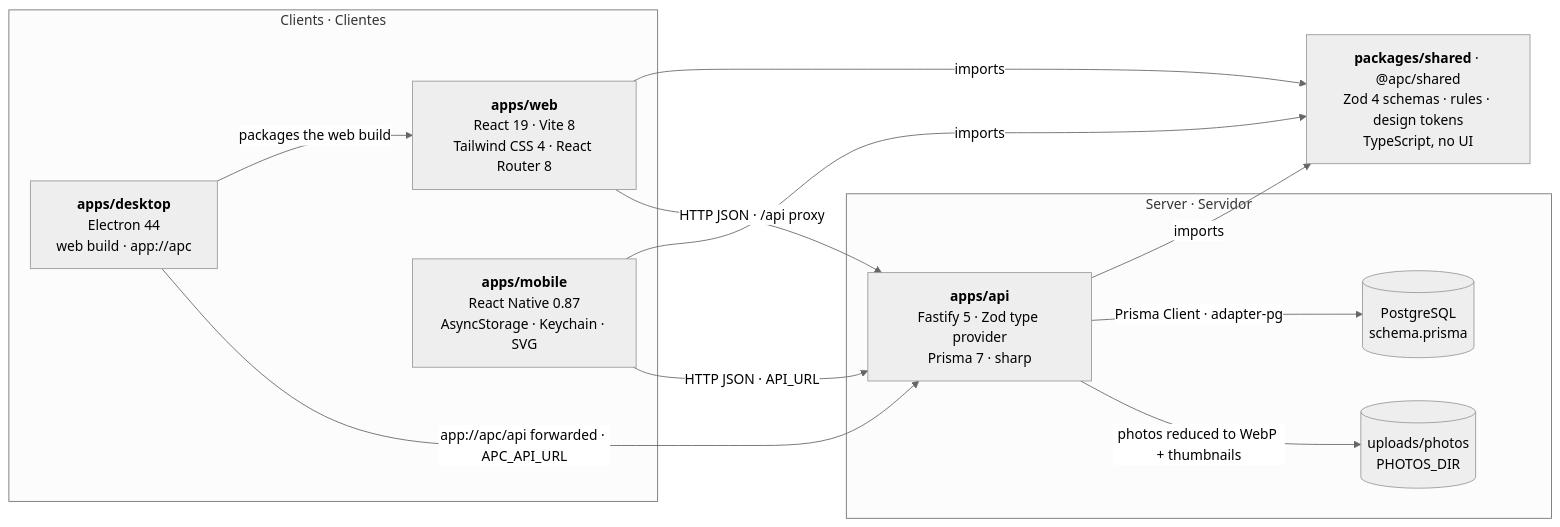
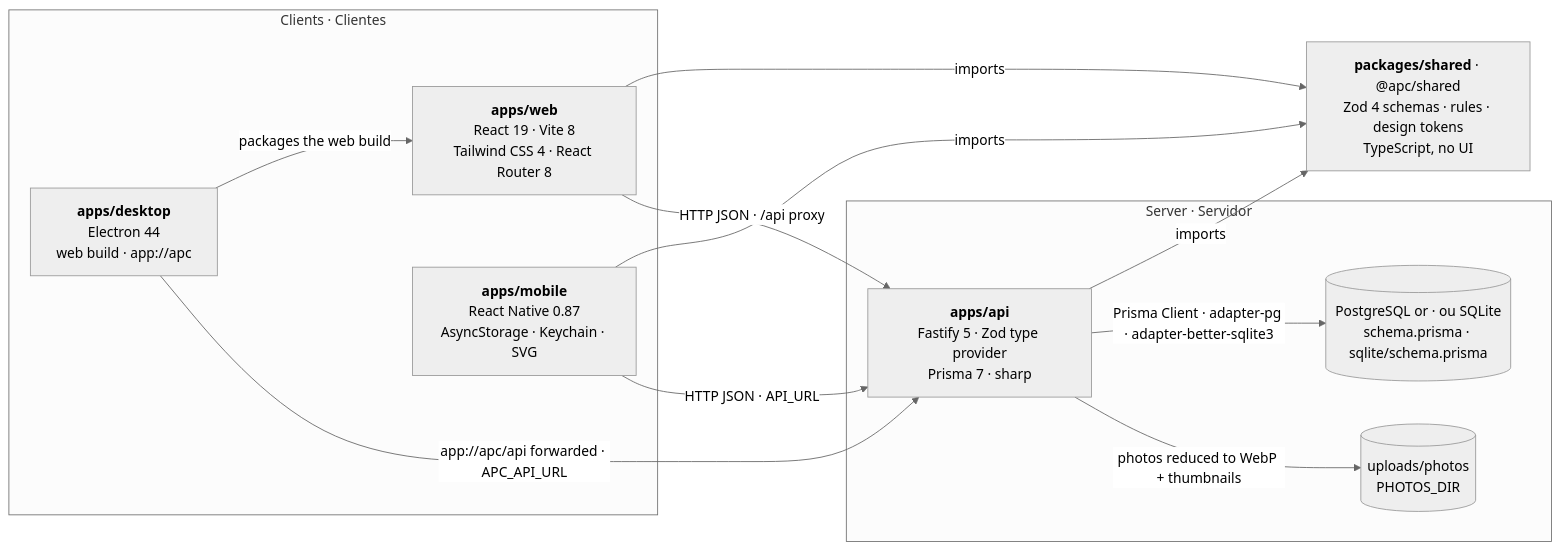
One commit to ChrisCamilo/apc-universal-repair changed the first of 7 diagrams in docs/architecture.md. Above: the diagram before and after it, drawn with Mermaid (neutral theme). The commit also changed other lines of this file and 3 other files, not shown here.

Commit message:
docs: Describe running on PostgreSQL or SQLite and keeping both schemas

````diff
--- a/docs/architecture.md
+++ b/docs/architecture.md
@@ -11,26 +11,26 @@
 ```mermaid
 flowchart LR
     subgraph clients["Clients · Clientes"]
         web["<b>apps/web</b><br/>React 19 · Vite 8<br/>Tailwind CSS 4 · React Router 8"]
         mobile["<b>apps/mobile</b><br/>React Native 0.87<br/>AsyncStorage · Keychain · SVG"]
         desktop["<b>apps/desktop</b><br/>Electron 44<br/>web build · app://apc"]
     end
 
     shared["<b>packages/shared</b> · @apc/shared<br/>Zod 4 schemas · rules · design tokens<br/>TypeScript, no UI"]
 
     subgraph server["Server · Servidor"]
         api["<b>apps/api</b><br/>Fastify 5 · Zod type provider<br/>Prisma 7 · sharp"]
-        db[("PostgreSQL<br/>schema.prisma")]
+        db[("PostgreSQL or · ou SQLite<br/>schema.prisma · sqlite/schema.prisma")]
         files[("uploads/photos<br/>PHOTOS_DIR")]
     end
 
     web -- imports --> shared
     desktop -- "packages the web build" --> web
     mobile -- imports --> shared
     api -- imports --> shared
     web -- "HTTP JSON · /api proxy" --> api
     mobile -- "HTTP JSON · API_URL" --> api
     desktop -- "app://apc/api forwarded · APC_API_URL" --> api
-    api -- "Prisma Client · adapter-pg" --> db
+    api -- "Prisma Client · adapter-pg · adapter-better-sqlite3" --> db
     api -- "photos reduced to WebP + thumbnails" --> files
 ```
````
